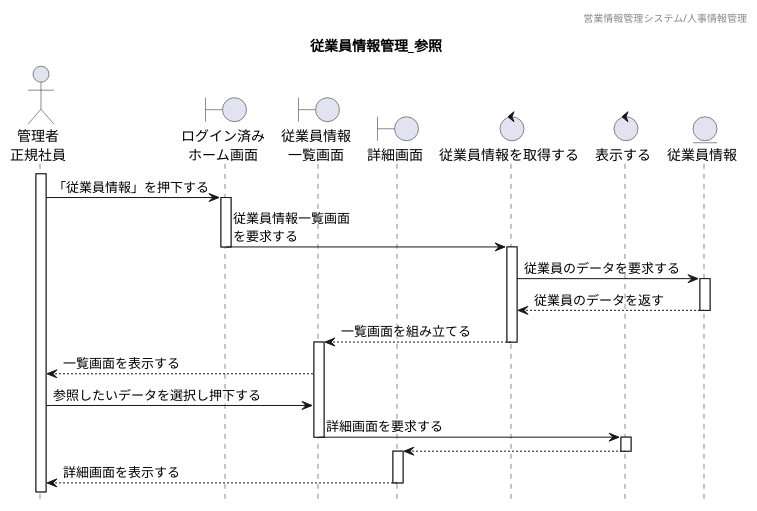
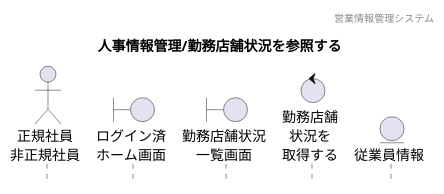
Before and after one commit to HaruShim/Sotuken: the diagram in 各種設計書/4シーケンス図/人事情報管理/3.勤務店舗状況編集/勤務店舗状況参照_未.plantuml, drawn with PlantUML. The commit also changed 3 other files, not shown here.

```diff
--- a/各種設計書/4シーケンス図/人事情報管理/3.勤務店舗状況編集/勤務店舗状況参照_未.plantuml
+++ b/各種設計書/4シーケンス図/人事情報管理/3.勤務店舗状況編集/勤務店舗状況参照_未.plantuml
@@ -1,53 +1,31 @@
 @startuml シーケンス図
 ' 下アイコン除去
 hide footbox
 ' ヘッダー
-header 営業情報管理システム/人事情報管理
+header 営業情報管理システム
 ' タイトル
-title 従業員情報管理_参照
+title 人事情報管理/勤務店舗状況を参照する
 
 
-' アイコン
-actor "管理者\n正規社員" as Act
-boundary "ログイン済み\nホーム画面" as HomeSc
-boundary "従業員情報\n一覧画面" as StaffListSc
-boundary "詳細画面" as StaffSc
-control "従業員情報を取得する" as StaffCl
-control "表示する" as ScCl
-entity "従業員情報" as StaffDB
+' actor "" as 
+actor "正規社員\n非正規社員" as a1
+
+' boundary "" as 
+boundary "ログイン済\nホーム画面" as b1
+boundary "勤務店舗状況\n一覧画面" as b2
+
+' control "" as 
+control "勤務店舗\n状況を\n取得する" as c1
+
+' entity "" as
+entity "従業員情報" as e1
 
 
 
-' ログイン済みホーム画面から一覧表示までのシーケンス
-activate Act
-Act -> HomeSc : 「従業員情報」を押下する
-activate HomeSc
-HomeSc -> StaffCl : 従業員情報一覧画面\nを要求する
-deactivate
-activate StaffCl
-
-StaffCl -> StaffDB : 従業員のデータを要求する
-activate StaffDB
-StaffCl <-- StaffDB : 従業員のデータを返す
-deactivate
-StaffListSc <-- StaffCl : 一覧画面を組み立てる
-deactivate
-activate StaffListSc
-Act <-- StaffListSc : 一覧画面を表示する
 
 
-' 詳細画面表示までのシーケンス
-Act -> StaffListSc : 参照したいデータを選択し押下する
-StaffListSc -> ScCl : 詳細画面を要求する
-deactivate
-activate ScCl
-StaffSc <-- ScCl
-deactivate
-activate StaffSc
-Act <-- StaffSc : 詳細画面を表示する
-deactivate
 
 
 
 
 @enduml
```
